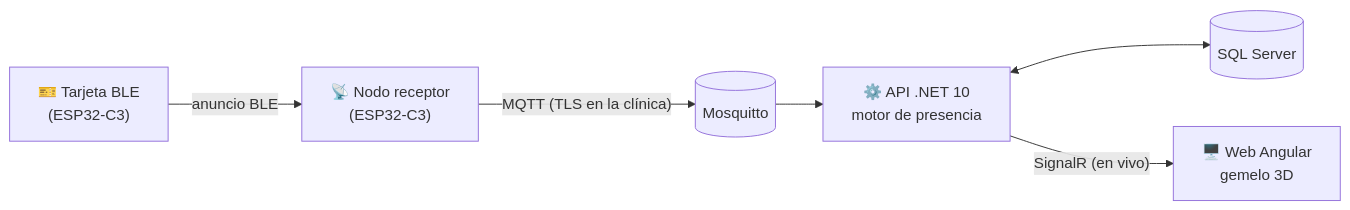
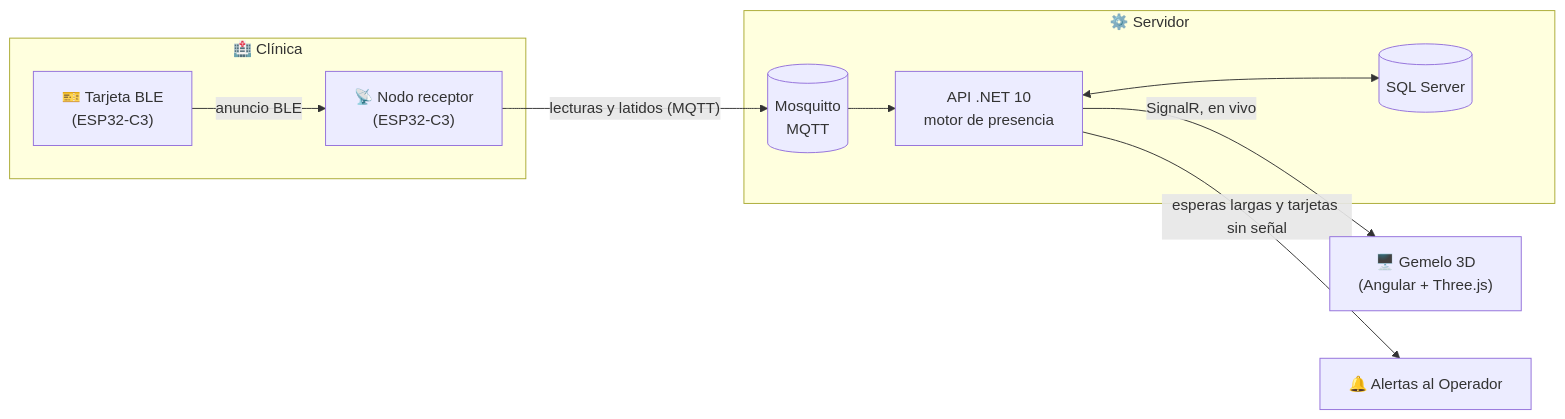
One commit to Emmy-Abigail/FlowTwin-CREO changed the first of 2 diagrams in README.md. Above: the diagram before and after it, drawn with Mermaid. The commit also changed other lines of this file and 4 other files, not shown here.

Commit message:
docs: encabezado con el escudo de la UPCH y el logo de FlowTwin; README con introducción, objetivos y hoja de ruta

````diff
--- a/README.md
+++ b/README.md
@@ -58,8 +160,13 @@
 ```mermaid
 flowchart LR
-    T["🎫 Tarjeta BLE<br/>(ESP32-C3)"] -- anuncio BLE --> N["📡 Nodo receptor<br/>(ESP32-C3)"]
-    N -- "MQTT (TLS en la clínica)" --> M[("Mosquitto")]
-    M --> API["⚙️ API .NET 10<br/>motor de presencia"]
-    API <--> DB[("SQL Server")]
-    API -- "SignalR (en vivo)" --> W["🖥️ Web Angular<br/>gemelo 3D"]
+    subgraph Clinica["🏥 Clínica"]
+        T["🎫 Tarjeta BLE<br/>(ESP32-C3)"] -- "anuncio BLE" --> N["📡 Nodo receptor<br/>(ESP32-C3)"]
+    end
+    subgraph Servidor["⚙️ Servidor"]
+        M[("Mosquitto<br/>MQTT")] --> API["API .NET 10<br/>motor de presencia"]
+        API <--> DB[("SQL Server")]
+    end
+    N -- "lecturas y latidos (MQTT)" --> M
+    API -- "SignalR, en vivo" --> W["🖥️ Gemelo 3D<br/>(Angular + Three.js)"]
+    API -- "esperas largas y tarjetas sin señal" --> AL["🔔 Alertas al Operador"]
 ```
````
